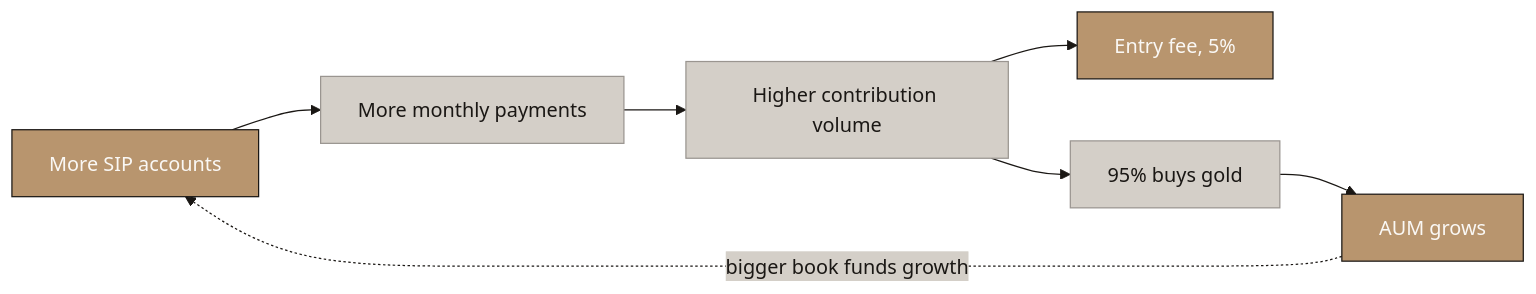
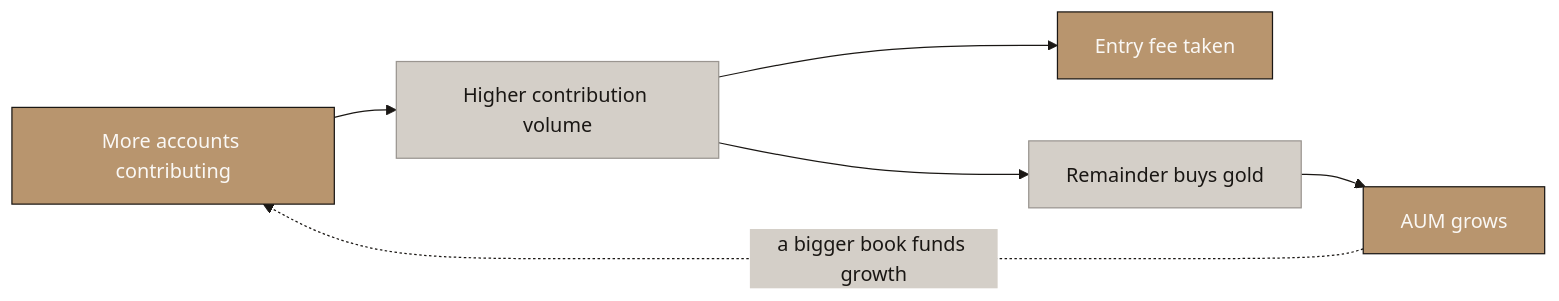
Before and after one commit to Abdsys/Aurumix: the first of 6 diagrams in deliverables/4-revenue-modeling/Aurumix_Process_Maps_Revenue_Growth.md, drawn with Mermaid. The commit also changed other lines of this file, not shown here.

First line of the commit message:
Abstract the growth maps; fold spot into the entry fee

````diff
--- a/deliverables/4-revenue-modeling/Aurumix_Process_Maps_Revenue_Growth.md
+++ b/deliverables/4-revenue-modeling/Aurumix_Process_Maps_Revenue_Growth.md
@@ -53,28 +55,26 @@
 ```mermaid
 %%{init: {'theme': 'base', 'themeVariables': {
     'primaryColor': '#B8956E',
     'primaryTextColor': '#1A1714',
     'primaryBorderColor': '#1A1714',
     'lineColor': '#1A1714',
     'secondaryColor': '#FAF8F5',
     'tertiaryColor': '#D4CFC8',
     'fontFamily': 'Libre Franklin, sans-serif',
     'edgeLabelBackground': '#D4CFC8',
     'clusterBkg': '#FAF8F5',
     'clusterBorder': '#B8956E'
 }}}%%
 graph LR
-    A["More SIP accounts"] --> B["More monthly payments"]
-    B --> C["Higher contribution volume"]
-    C --> D["Entry fee, 5%"]
-    C --> E["95% buys gold"]
-    E --> F["AUM grows"]
-    F -.->|"bigger book funds growth"| A
+    A["More accounts contributing"] --> B["Higher contribution volume"]
+    B --> C["Entry fee taken"]
+    B --> D["Remainder buys gold"]
+    D --> E["AUM grows"]
+    E -.->|"a bigger book funds growth"| A
 
     style A fill:#B8956E,stroke:#1A1714,color:#FAF8F5
     style B fill:#D4CFC8,stroke:#9A9590,color:#1A1714
-    style C fill:#D4CFC8,stroke:#9A9590,color:#1A1714
-    style D fill:#B8956E,stroke:#1A1714,color:#FAF8F5
-    style E fill:#D4CFC8,stroke:#9A9590,color:#1A1714
-    style F fill:#B8956E,stroke:#1A1714,color:#FAF8F5
+    style C fill:#B8956E,stroke:#1A1714,color:#FAF8F5
+    style D fill:#D4CFC8,stroke:#9A9590,color:#1A1714
+    style E fill:#B8956E,stroke:#1A1714,color:#FAF8F5
 ```
````
